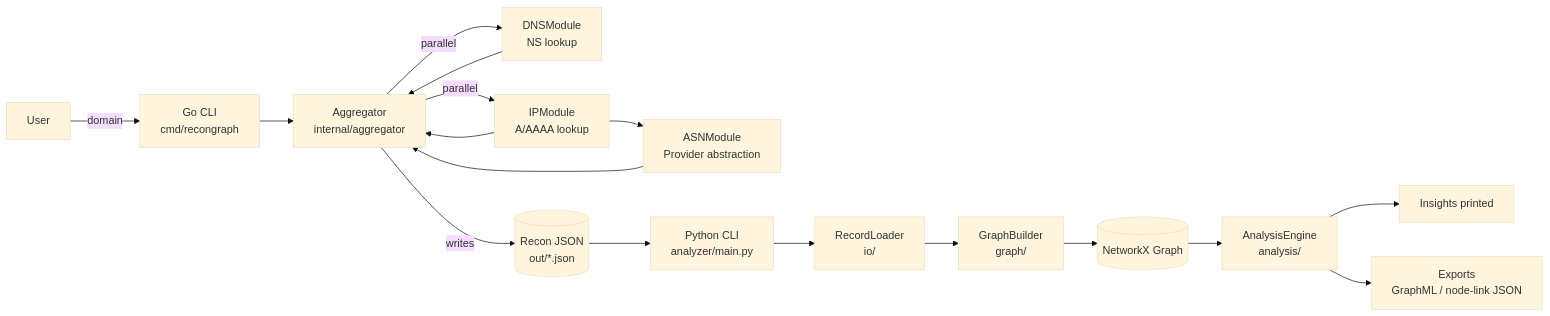
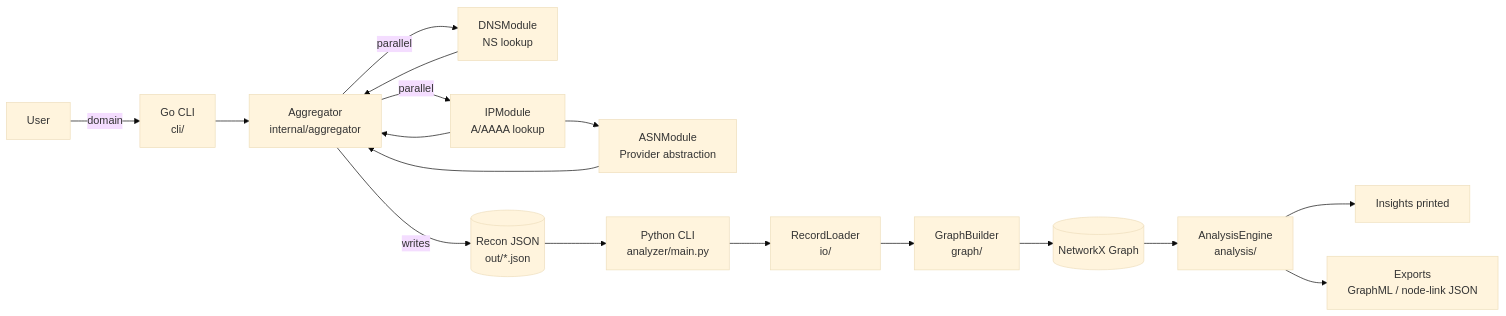
The first of 3 diagrams in README.md (asafzenou/NetMap), drawn with Mermaid (base theme) before and after one commit. The commit also changed other lines of this file and 8 other files, not shown here.

````diff
--- a/README.md
+++ b/README.md
@@ -14,23 +14,23 @@
 ```mermaid
 flowchart LR
-  U[User] -->|domain| CLI[Go CLI<br/>cmd/recongraph]
+  U[User] -->|domain| CLI[Go CLI<br/>cli/]
   CLI --> AGG[Aggregator<br/>internal/aggregator]
 
   AGG -->|parallel| DNS[DNSModule<br/>NS lookup]
   AGG -->|parallel| IP[IPModule<br/>A/AAAA lookup]
   IP --> ASN[ASNModule<br/>Provider abstraction]
 
   DNS --> AGG
   IP --> AGG
   ASN --> AGG
 
   AGG -->|writes| JSON[(Recon JSON<br/>out/*.json)]
 
   JSON --> PYCLI[Python CLI<br/>analyzer/main.py]
   PYCLI --> LOADER[RecordLoader<br/>io/]
   LOADER --> BUILDER[GraphBuilder<br/>graph/]
   BUILDER --> NX[(NetworkX Graph)]
   NX --> ENGINE[AnalysisEngine<br/>analysis/]
   ENGINE --> INSIGHTS[Insights printed]
   ENGINE --> EXPORTS[Exports<br/>GraphML / node-link JSON]
 ```
````
